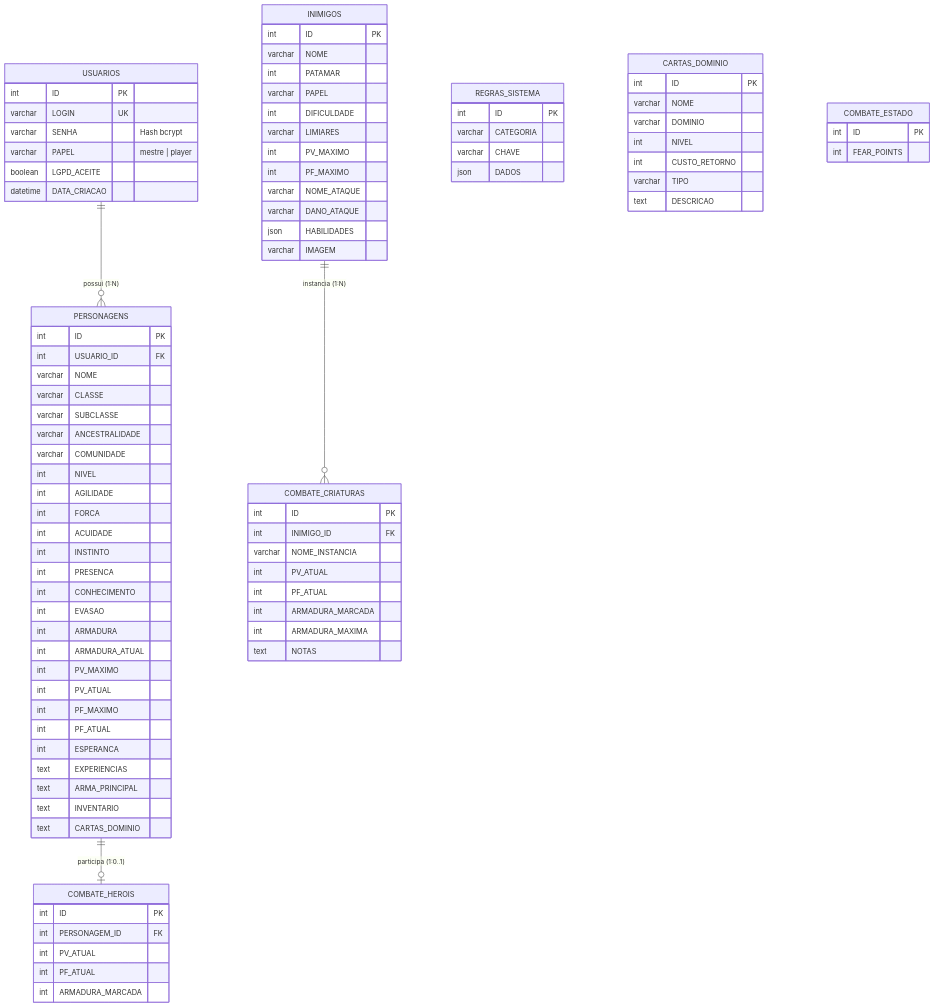
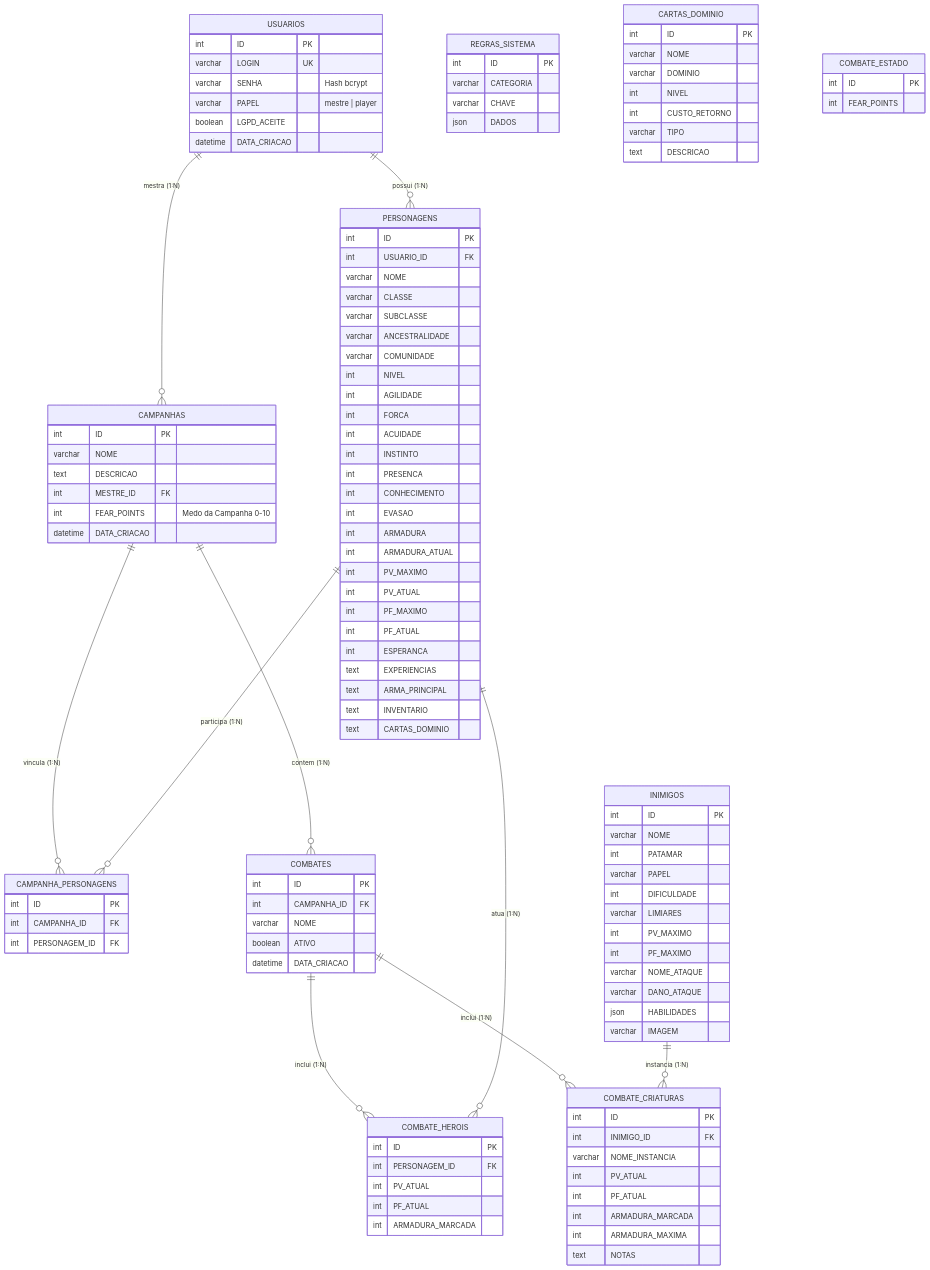
The third of 3 diagrams in README.md (Murilopontogif/daggerheart), drawn with Mermaid before and after one commit. The commit also changed other lines of this file and 5 other files, not shown here.

Commit message:
feat(entrega4): add interactive architecture slide deck and complete campaign CRUD

````diff
--- a/README.md
+++ b/README.md
@@ -229,7 +257,13 @@
 ```mermaid
 erDiagram
     USUARIOS ||--o{ PERSONAGENS : "possui (1:N)"
-    PERSONAGENS ||--o| COMBATE_HEROIS : "participa (1:0..1)"
+    USUARIOS ||--o{ CAMPANHAS : "mestra (1:N)"
+    CAMPANHAS ||--o{ CAMPANHA_PERSONAGENS : "vincula (1:N)"
+    PERSONAGENS ||--o{ CAMPANHA_PERSONAGENS : "participa (1:N)"
+    CAMPANHAS ||--o{ COMBATES : "contem (1:N)"
+    COMBATES ||--o{ COMBATE_HEROIS : "inclui (1:N)"
+    COMBATES ||--o{ COMBATE_CRIATURAS : "inclui (1:N)"
+    PERSONAGENS ||--o{ COMBATE_HEROIS : "atua (1:N)"
     INIMIGOS ||--o{ COMBATE_CRIATURAS : "instancia (1:N)"
     
     USUARIOS {
@@ -238,6 +272,29 @@
         varchar SENHA "Hash bcrypt"
         varchar PAPEL "mestre | player"
         boolean LGPD_ACEITE
+        datetime DATA_CRIACAO
+    }
+
+    CAMPANHAS {
+        int ID PK
+        varchar NOME
+        text DESCRICAO
+        int MESTRE_ID FK
+        int FEAR_POINTS "Medo da Campanha 0-10"
+        datetime DATA_CRIACAO
+    }
+
+    CAMPANHA_PERSONAGENS {
+        int ID PK
+        int CAMPANHA_ID FK
+        int PERSONAGEM_ID FK
+    }
+
+    COMBATES {
+        int ID PK
+        int CAMPANHA_ID FK
+        varchar NOME
+        boolean ATIVO
         datetime DATA_CRIACAO
     }
 
````
